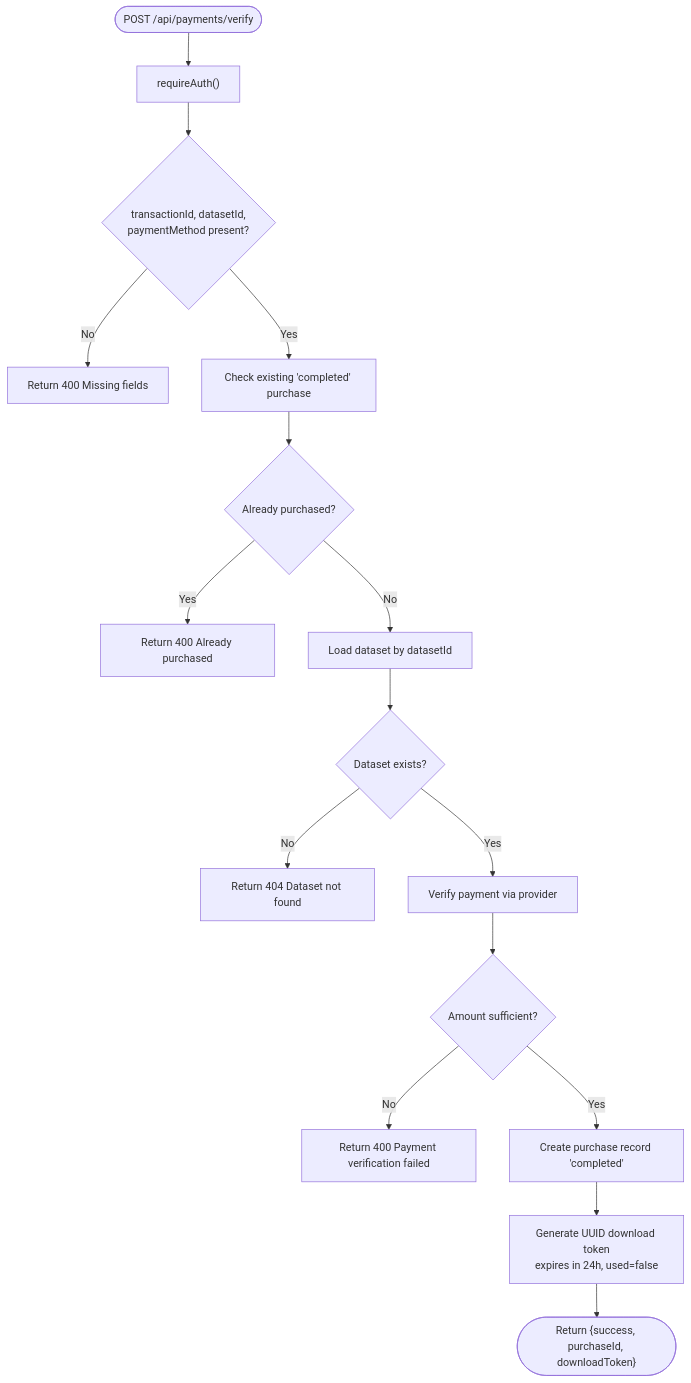
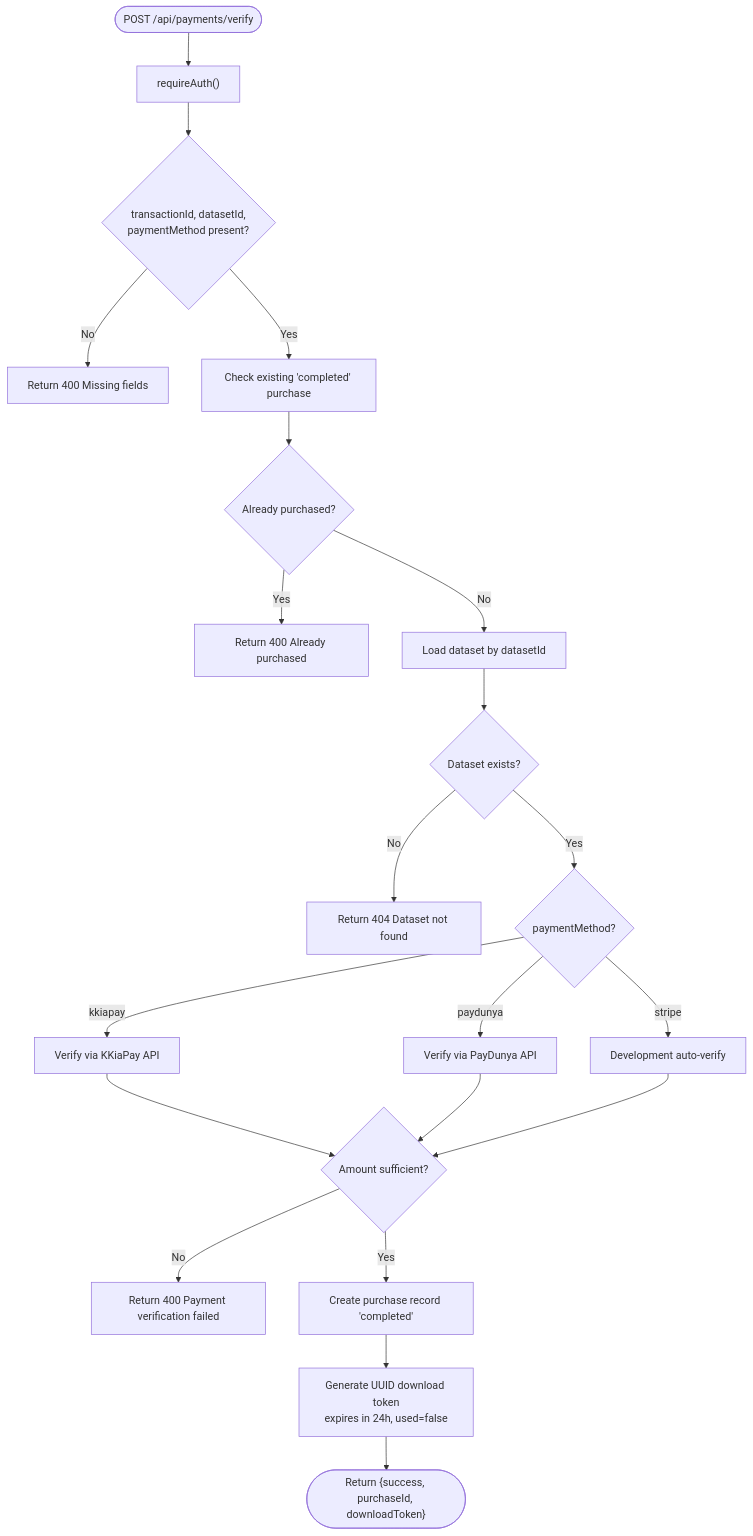
The fifth of 13 diagrams in .qoder/repowiki/en/content/Payment System/Purchase Management.md (alikizang/datafrica), drawn with Mermaid before and after one commit. The commit also changed other lines of this file and 21 other files, not shown here.

````diff
--- a/.qoder/repowiki/en/content/Payment System/Purchase Management.md
+++ b/.qoder/repowiki/en/content/Payment System/Purchase Management.md
@@ -202,18 +300,23 @@
 ```mermaid
 flowchart TD
 Start(["POST /api/payments/verify"]) --> Auth["requireAuth()"]
 Auth --> Fields{"transactionId, datasetId,<br/>paymentMethod present?"}
 Fields --> |No| ErrFields["Return 400 Missing fields"]
 Fields --> |Yes| Dup["Check existing 'completed' purchase"]
 Dup --> Exists{"Already purchased?"}
 Exists --> |Yes| ErrDup["Return 400 Already purchased"]
 Exists --> |No| LoadDS["Load dataset by datasetId"]
 LoadDS --> Found{"Dataset exists?"}
 Found --> |No| ErrDS["Return 404 Dataset not found"]
-Found --> |Yes| Verify["Verify payment via provider"]
-Verify --> Verified{"Amount sufficient?"}
+Found --> |Yes| Provider{"paymentMethod?"}
+Provider --> |kkiapay| KK["Verify via KKiaPay API"]
+Provider --> |paydunya| PD["Verify via PayDunya API"]
+Provider --> |stripe| ST["Development auto-verify"]
+KK --> Verified{"Amount sufficient?"}
+PD --> Verified
+ST --> Verified
 Verified --> |No| ErrVer["Return 400 Payment verification failed"]
 Verified --> |Yes| Save["Create purchase record 'completed'"]
 Save --> Token["Generate UUID download token<br/>expires in 24h, used=false"]
 Token --> Done(["Return {success, purchaseId, downloadToken}"])
 ```
````
